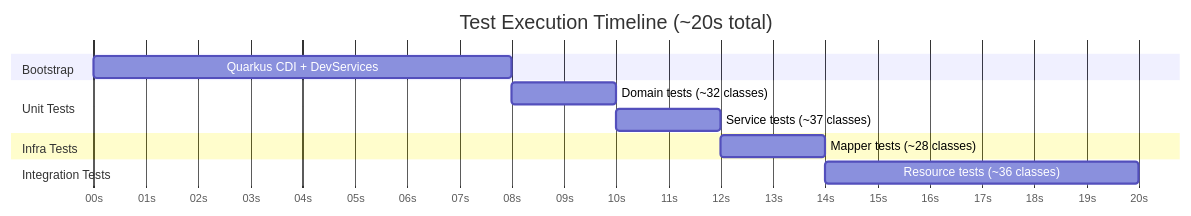
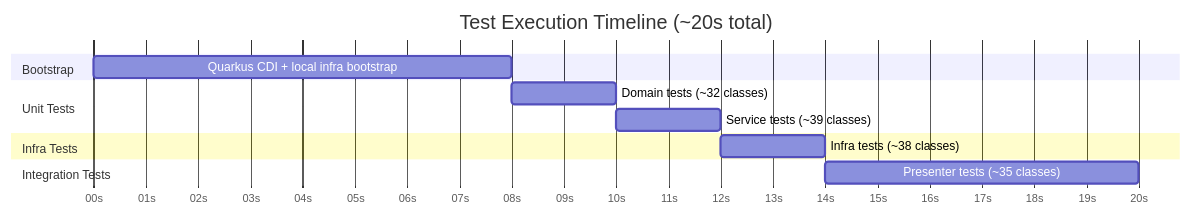
One commit to Plataforma-Universidade-Gratuita/pug-service changed the eighth of 8 diagrams in src/test/README.md. Above: the diagram before and after it, drawn with Mermaid. The commit also changed other lines of this file and 89 other files, not shown here.

Commit message:
PUG-193: Update service endpoints to the best practices for HTTP requests, tests, bruno requests and readmes along with the generated results of jacoco. Also add features to the front end;

````diff
--- a/src/test/README.md
+++ b/src/test/README.md
@@ -259,19 +370,19 @@
 ```mermaid
 gantt
     title Test Execution Timeline (~20s total)
     dateFormat ss
     axisFormat %Ss
 
     section Bootstrap
-    Quarkus CDI + DevServices     :a1, 00, 8s
+    Quarkus CDI + local infra bootstrap :a1, 00, 8s
 
     section Unit Tests
     Domain tests (~32 classes)    :a2, after a1, 2s
-    Service tests (~37 classes)   :a3, after a2, 2s
+    Service tests (~39 classes)   :a3, after a2, 2s
 
     section Infra Tests
-    Mapper tests (~28 classes)    :a4, after a3, 2s
+    Infra tests (~38 classes)     :a4, after a3, 2s
 
     section Integration Tests
-    Resource tests (~36 classes)  :a5, after a4, 6s
+    Presenter tests (~35 classes) :a5, after a4, 6s
 ```
````
